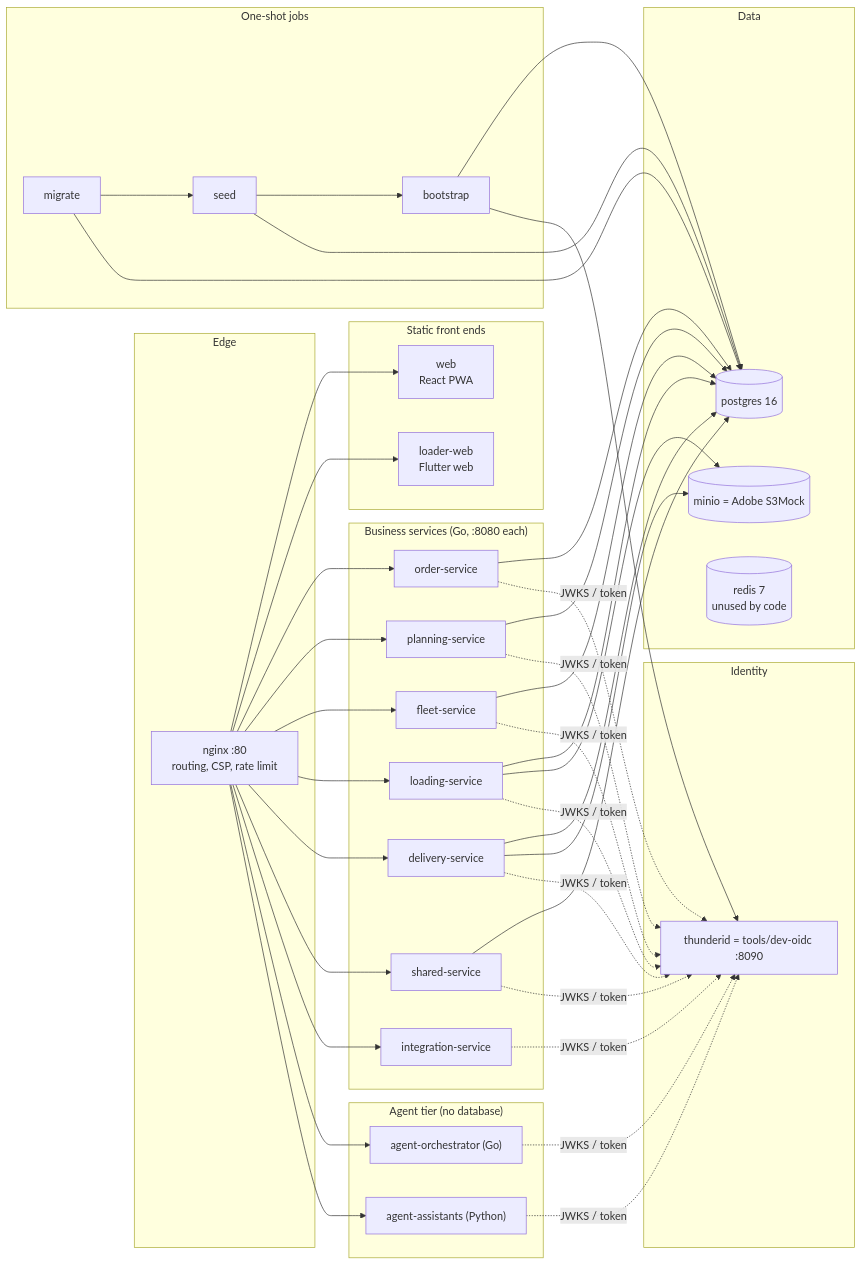
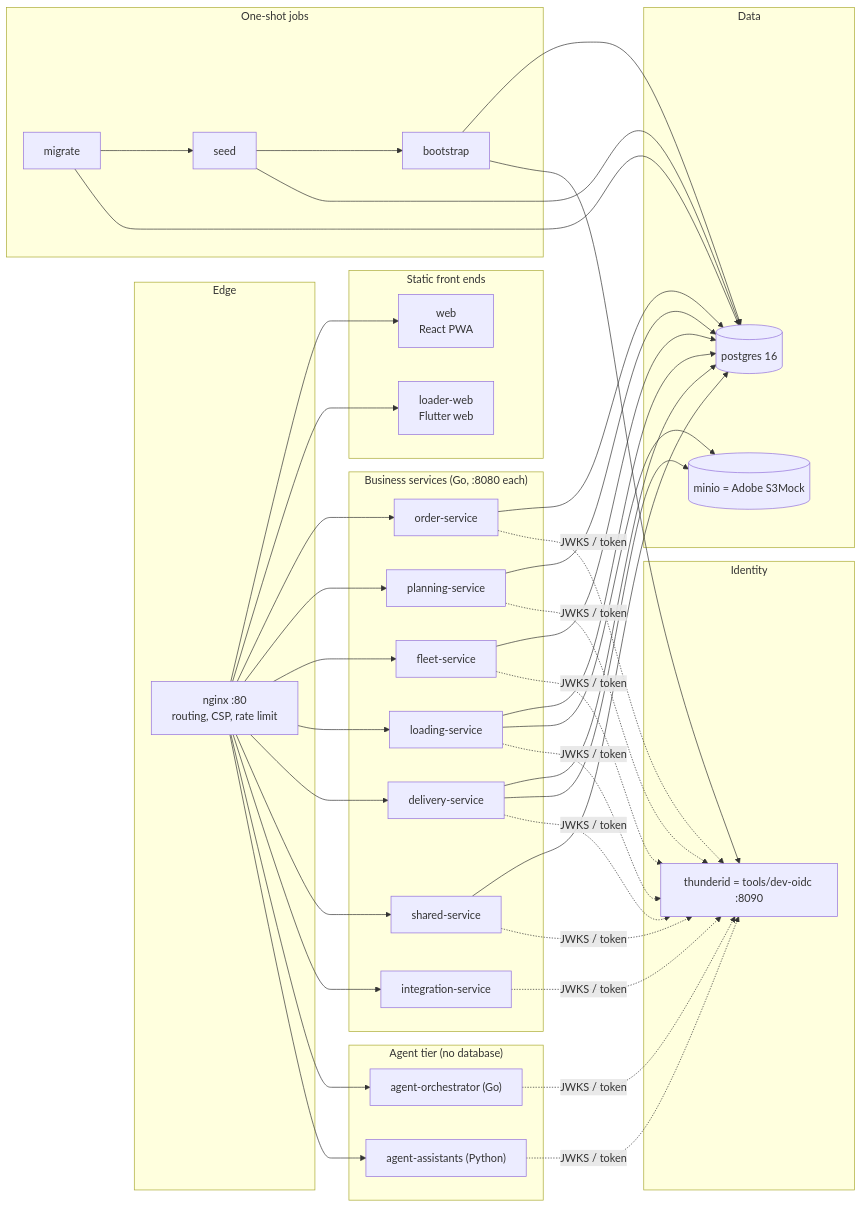
The third of 43 diagrams in docs/WAYPOINT_COMPLETE_DOCUMENTATION.md (HasinduNimesh/ClapTac-tech-triathlon), drawn with Mermaid before and after one commit. The commit also changed other lines of this file and 10 other files, not shown here.

First line of the commit message:
Share the order-tracking request between the page and the bell; remove unused Redis

````diff
--- a/docs/WAYPOINT_COMPLETE_DOCUMENTATION.md
+++ b/docs/WAYPOINT_COMPLETE_DOCUMENTATION.md
@@ -225,46 +225,45 @@
 ```mermaid
 flowchart LR
     subgraph Edge
         NGINX["nginx :80<br/>routing, CSP, rate limit"]
     end
     subgraph Static["Static front ends"]
         WEB["web<br/>React PWA"]
         LOADER["loader-web<br/>Flutter web"]
     end
     subgraph Business["Business services (Go, :8080 each)"]
         ORD["order-service"]
         PLAN["planning-service"]
         FLEET["fleet-service"]
         LOAD["loading-service"]
         DELIV["delivery-service"]
         SHARED["shared-service"]
         INTEG["integration-service"]
     end
     subgraph Agent["Agent tier (no database)"]
         ORCH["agent-orchestrator (Go)"]
         ASSIST["agent-assistants (Python)"]
     end
     subgraph Data
         PG[("postgres 16")]
         S3[("minio = Adobe S3Mock")]
-        REDIS[("redis 7<br/>unused by code")]
     end
     subgraph Identity
         THUNDER["thunderid = tools/dev-oidc :8090"]
     end
     subgraph OneShot["One-shot jobs"]
         MIG["migrate"] --> SEED["seed"] --> BOOT["bootstrap"]
     end
     NGINX --> WEB
     NGINX --> LOADER
     NGINX --> ORD & PLAN & FLEET & LOAD & DELIV & SHARED & INTEG
     NGINX --> ORCH
     NGINX --> ASSIST
     ORD & PLAN & FLEET & LOAD & DELIV & SHARED --> PG
     LOAD & DELIV --> S3
     MIG --> PG
     SEED --> PG
     BOOT --> PG
     BOOT --> THUNDER
     ORD & PLAN & FLEET & LOAD & DELIV & SHARED & INTEG & ORCH & ASSIST -. "JWKS / token" .-> THUNDER
 ```
````
